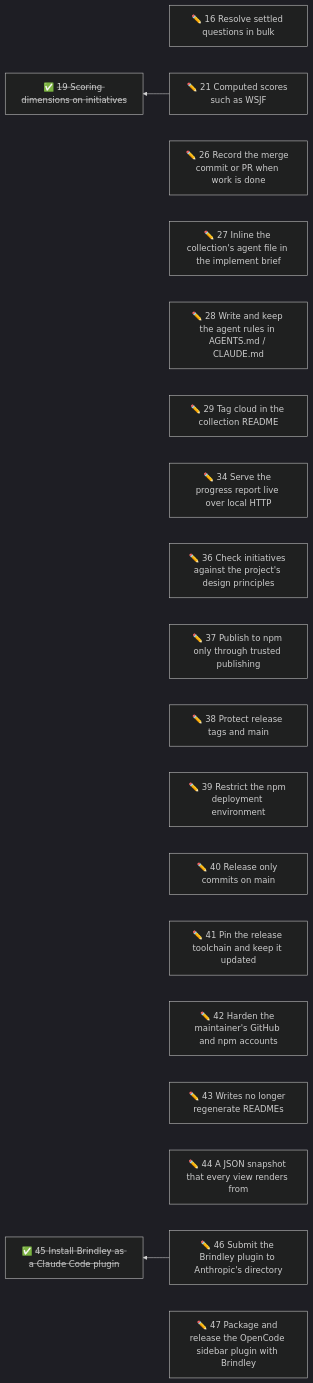
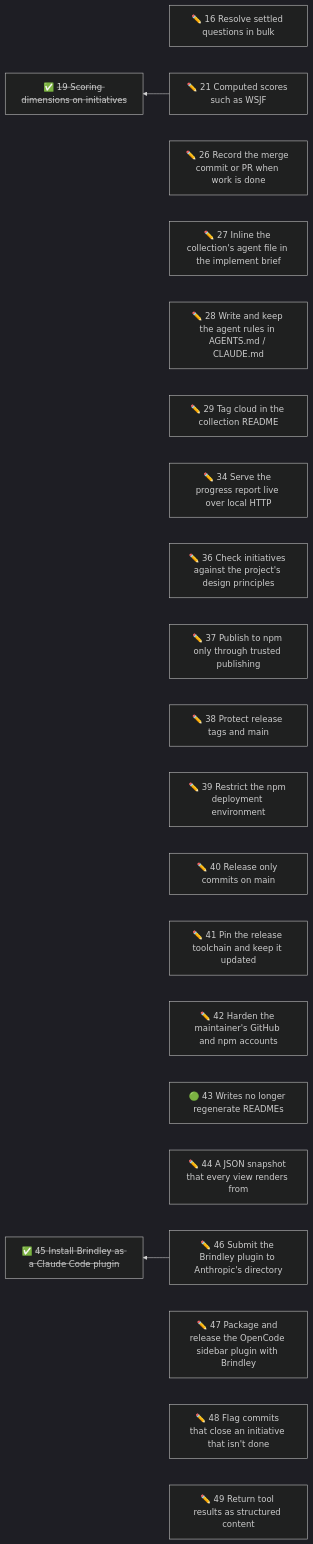
Before and after one commit to duckAsteroid/brindley: the diagram in initiatives/README.md, drawn with Mermaid (dark theme). The commit also changed other lines of this file and 4 other files, not shown here.

````diff
--- a/initiatives/README.md
+++ b/initiatives/README.md
@@ -48,45 +50,49 @@
 ```mermaid
 flowchart RL
   n16["✏️ 16 Resolve settled questions in bulk"]
   n21["✏️ 21 Computed scores such as WSJF"]
   n26["✏️ 26 Record the merge commit or PR when work is done"]
   n27["✏️ 27 Inline the collection's agent file in the implement brief"]
   n28["✏️ 28 Write and keep the agent rules in AGENTS.md / CLAUDE.md"]
   n29["✏️ 29 Tag cloud in the collection README"]
   n34["✏️ 34 Serve the progress report live over local HTTP"]
   n36["✏️ 36 Check initiatives against the project's design principles"]
   n37["✏️ 37 Publish to npm only through trusted publishing"]
   n38["✏️ 38 Protect release tags and main"]
   n39["✏️ 39 Restrict the npm deployment environment"]
   n40["✏️ 40 Release only commits on main"]
   n41["✏️ 41 Pin the release toolchain and keep it updated"]
   n42["✏️ 42 Harden the maintainer's GitHub and npm accounts"]
-  n43["✏️ 43 Writes no longer regenerate READMEs"]
+  n43["🟢 43 Writes no longer regenerate READMEs"]
   n44["✏️ 44 A JSON snapshot that every view renders from"]
   n46["✏️ 46 Submit the Brindley plugin to Anthropic's directory"]
   n47["✏️ 47 Package and release the OpenCode sidebar plugin with Brindley"]
+  n48["✏️ 48 Flag commits that close an initiative that isn't done"]
+  n49["✏️ 49 Return tool results as structured content"]
   n19["✅ <s>19 Scoring dimensions on initiatives</s>"]
   n45["✅ <s>45 Install Brindley as a Claude Code plugin</s>"]
   n21 --> n19
   n46 --> n45
   click n16 href "16-resolve-settled-questions-in-bulk.md"
   click n21 href "21-computed-scores-such-as-wsjf.md"
   click n26 href "26-record-the-merge-commit-or-pr-when-work-is-done.md"
   click n27 href "27-inline-the-collection-s-agent-file-in-the-implement-brief.md"
   click n28 href "28-write-and-keep-the-agent-rules-in-agents-md-claude-md.md"
   click n29 href "29-tag-cloud-in-the-collection-readme.md"
   click n34 href "34-serve-the-progress-report-live-over-local-http.md"
   click n36 href "36-check-initiatives-against-the-project-s-design-principles.md"
   click n37 href "37-publish-to-npm-only-through-trusted-publishing.md"
   click n38 href "38-protect-release-tags-and-main.md"
   click n39 href "39-restrict-the-npm-deployment-environment.md"
   click n40 href "40-release-only-commits-on-main.md"
   click n41 href "41-pin-the-release-toolchain-and-keep-it-updated.md"
   click n42 href "42-harden-the-maintainer-s-github-and-npm-accounts.md"
   click n43 href "43-writes-no-longer-regenerate-readmes.md"
   click n44 href "44-a-json-snapshot-that-every-view-renders-from.md"
   click n46 href "46-submit-the-brindley-plugin-to-anthropic-s-directory.md"
   click n47 href "47-package-and-release-the-opencode-sidebar-plugin-with-brindle.md"
+  click n48 href "48-flag-commits-that-close-an-initiative-that-isn-t-done.md"
+  click n49 href "49-return-tool-results-as-structured-content.md"
   click n19 href "done/19-rank-initiatives-by-scoring-dimensions.md"
   click n45 href "done/45-install-brindley-as-a-claude-code-plugin.md"
 ```
````
